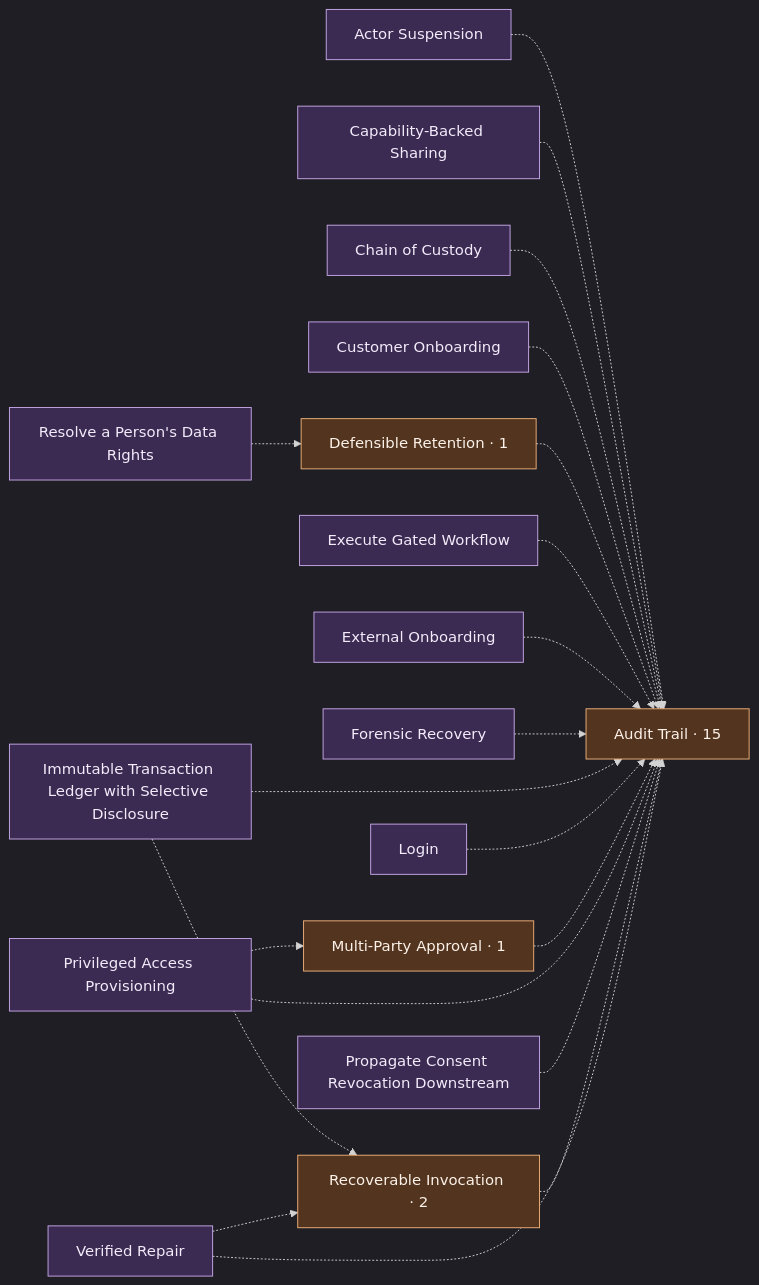
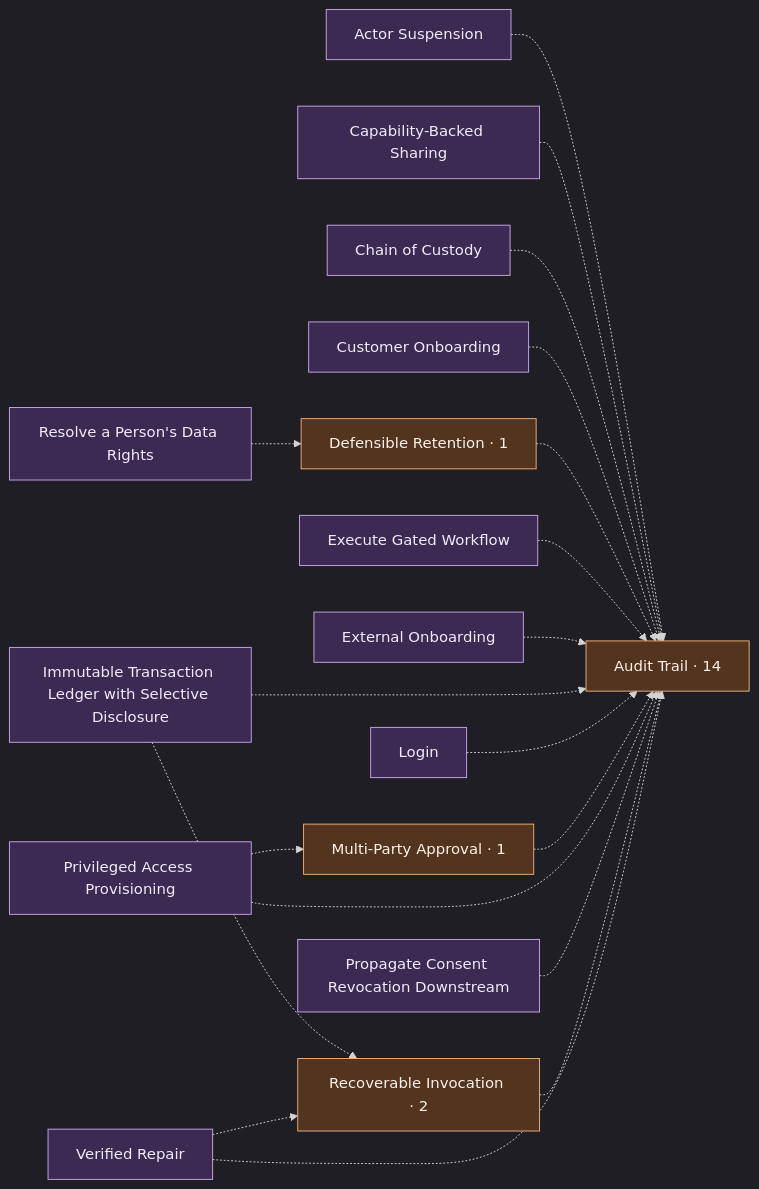
The first of 2 diagrams in graph.md (scottromack/grace-commons), drawn with Mermaid before and after one commit. The commit also changed other lines of this file and 19 other files, not shown here.

````diff
--- a/graph.md
+++ b/graph.md
@@ -72,44 +71,42 @@
 ```mermaid
 %%{init: {"theme": "dark", "flowchart": {"htmlLabels": true}} }%%
 flowchart LR
   actor_suspension["Actor Suspension"]
-  audit_trail["Audit Trail · 15"]
+  audit_trail["Audit Trail · 14"]
   capability_backed_sharing["Capability-Backed Sharing"]
   chain_of_custody["Chain of Custody"]
   customer_onboarding["Customer Onboarding"]
   defensible_retention["Defensible Retention · 1"]
   execute_gated_workflow["Execute Gated Workflow"]
   external_onboarding["External Onboarding"]
-  forensic_recovery["Forensic Recovery"]
   immutable_transaction_ledger["Immutable Transaction Ledger with Selective Disclosure"]
   login["Login"]
   multi_party_approval["Multi-Party Approval · 1"]
   privileged_access_provisioning["Privileged Access Provisioning"]
   propagate_consent_revocation_downstream["Propagate Consent Revocation Downstream"]
   recoverable_invocation["Recoverable Invocation · 2"]
   resolve_a_persons_data_rights["Resolve a Person's Data Rights"]
   verified_repair["Verified Repair"]
   actor_suspension -.-> audit_trail
   capability_backed_sharing -.-> audit_trail
   chain_of_custody -.-> audit_trail
   customer_onboarding -.-> audit_trail
   defensible_retention -.-> audit_trail
   execute_gated_workflow -.-> audit_trail
   external_onboarding -.-> audit_trail
-  forensic_recovery -.-> audit_trail
   immutable_transaction_ledger -.-> audit_trail
   immutable_transaction_ledger -.-> recoverable_invocation
   login -.-> audit_trail
   multi_party_approval -.-> audit_trail
   privileged_access_provisioning -.-> audit_trail
   privileged_access_provisioning -.-> multi_party_approval
   propagate_consent_revocation_downstream -.-> audit_trail
   recoverable_invocation -.-> audit_trail
   resolve_a_persons_data_rights -.-> defensible_retention
   verified_repair -.-> audit_trail
   verified_repair -.-> recoverable_invocation
   classDef comp fill:#3b2a52,stroke:#c7a8e8,color:#f2ebfa;
   classDef spine fill:#52341f,stroke:#f0b27a,color:#fdf2e9;
-  class actor_suspension,audit_trail,capability_backed_sharing,chain_of_custody,customer_onboarding,defensible_retention,execute_gated_workflow,external_onboarding,forensic_recovery,immutable_transaction_ledger,login,multi_party_approval,privileged_access_provisioning,propagate_consent_revocation_downstream,recoverable_invocation,resolve_a_persons_data_rights,verified_repair comp;
+  class actor_suspension,audit_trail,capability_backed_sharing,chain_of_custody,customer_onboarding,defensible_retention,execute_gated_workflow,external_onboarding,immutable_transaction_ledger,login,multi_party_approval,privileged_access_provisioning,propagate_consent_revocation_downstream,recoverable_invocation,resolve_a_persons_data_rights,verified_repair comp;
   class audit_trail,defensible_retention,multi_party_approval,recoverable_invocation spine;
 ```
````
